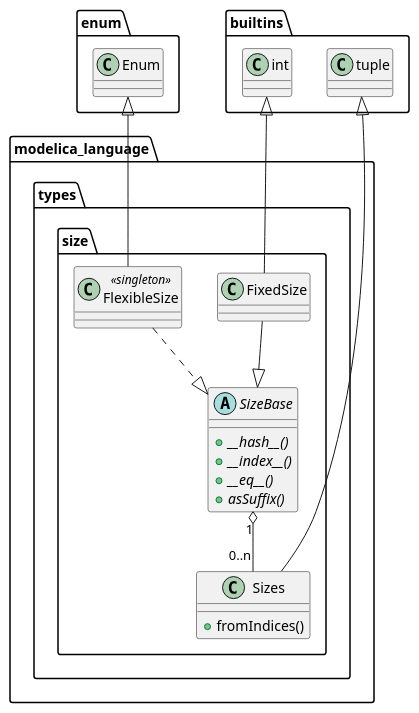
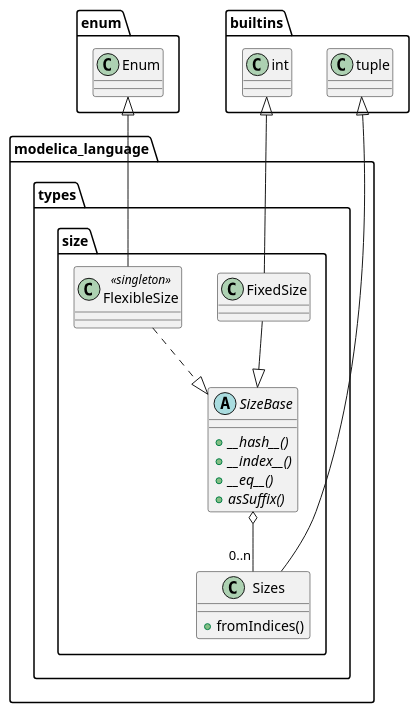
Before and after one commit to ijknabla/ModelicaLanguageForPython: the first of 2 diagrams in modelica_language/types/README.md, drawn with PlantUML. The commit also changed other lines of this file, not shown here.

````diff
--- a/modelica_language/types/README.md
+++ b/modelica_language/types/README.md
@@ -8,36 +8,36 @@
 ```plantuml
 package builtins {
     class int
     class tuple
 }
 
 package enum {
     class Enum
 }
 
 package modelica_language.types.size {
     abstract class SizeBase {
         + {abstract} __hash__()
         + {abstract} __index__()
         + {abstract} __eq__()
         + {abstract} asSuffix()
     }
 
     class FixedSize
 
     class FlexibleSize << singleton >>
 
     class Sizes {
         + fromIndices()
     }
 }
 
 int      <|-down-  FixedSize
 SizeBase <|-up-  FixedSize
 
 Enum     <|-down-  FlexibleSize
 SizeBase <|.up.  FlexibleSize
 
-SizeBase "1" o-- "0..n" Sizes
+SizeBase o-- "0..n" Sizes
 tuple        <|-        Sizes
 ```
````
